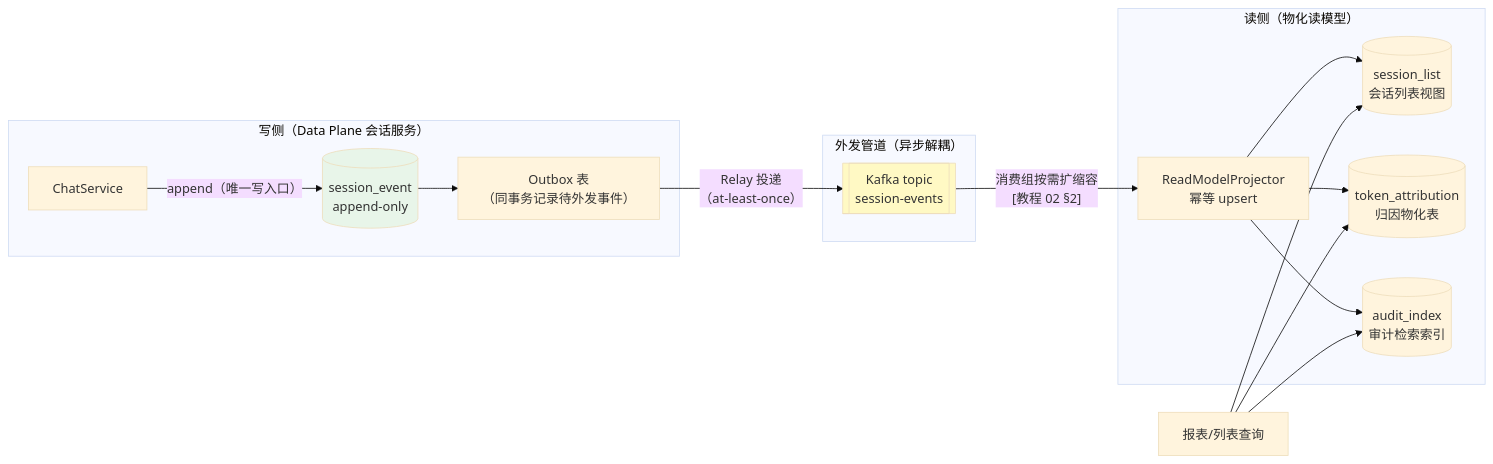
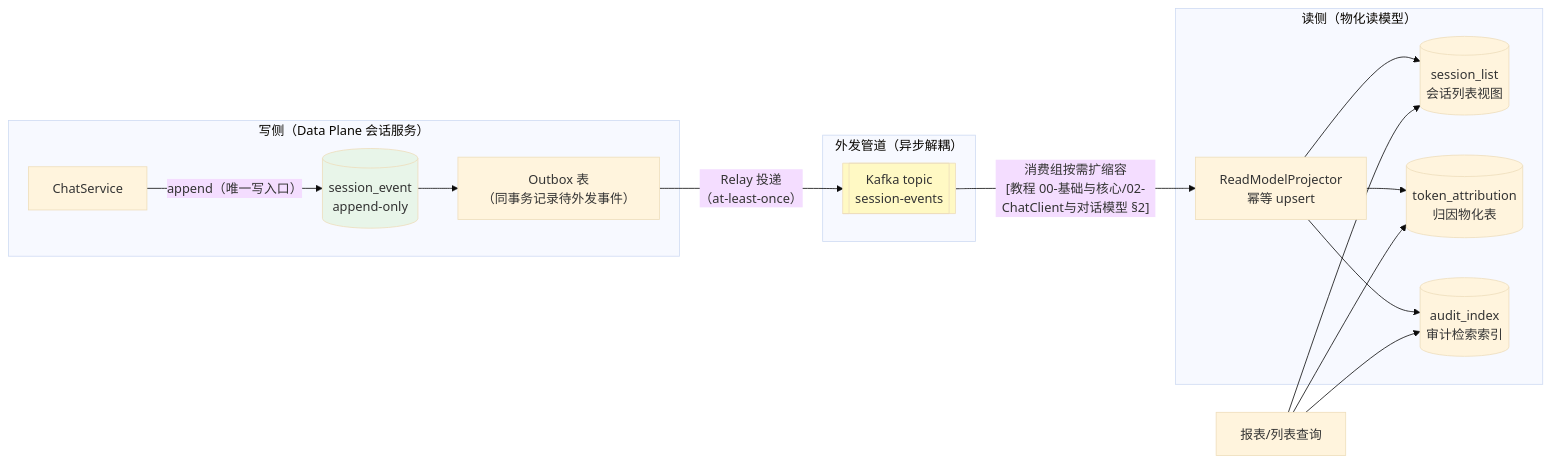
The third of 3 diagrams in docs/项目/13-事件溯源Agent运行时平台/11-快照与重放性能.md (UranusGit/java-agent-learn), drawn with Mermaid (base theme) before and after one commit. The commit also changed other lines of this file and 634 other files, not shown here.

````diff
--- a/docs/项目/13-事件溯源Agent运行时平台/11-快照与重放性能.md
+++ b/docs/项目/13-事件溯源Agent运行时平台/11-快照与重放性能.md
@@ -248,22 +248,22 @@
 ```mermaid
 flowchart LR
     subgraph W["写侧（Data Plane 会话服务）"]
         A["ChatService"] -->|"append（唯一写入口）"| B[("session_event<br/>append-only")]
         B --> C["Outbox 表<br/>（同事务记录待外发事件）"]
     end
     subgraph M["外发管道（异步解耦）"]
         C -->|"Relay 投递<br/>（at-least-once）"| D[["Kafka topic<br/>session-events"]]
     end
     subgraph R["读侧（物化读模型）"]
-        D -->|"消费组按需扩缩容<br/>[教程 02 §2]"| E["ReadModelProjector<br/>幂等 upsert"]
+        D -->|"消费组按需扩缩容<br/>[教程 00-基础与核心/02-ChatClient与对话模型 §2]"| E["ReadModelProjector<br/>幂等 upsert"]
         E --> F[("session_list<br/>会话列表视图")]
         E --> G[("token_attribution<br/>归因物化表")]
         E --> H[("audit_index<br/>审计检索索引")]
     end
     I["报表/列表查询"] --> F
     I --> G
     I --> H
 
     style B fill:#e8f5e9
     style D fill:#fff9c4
 ```
````
